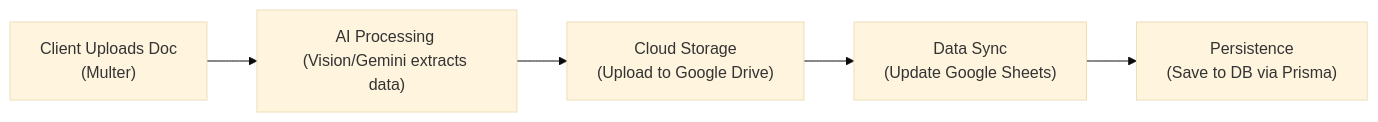
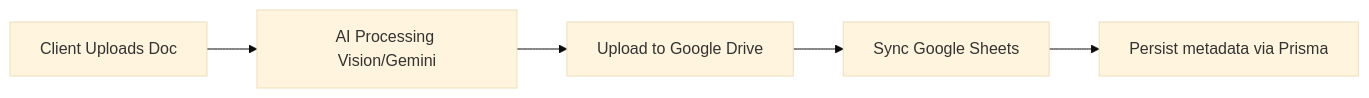
Before and after one commit to Jonathanrbt/platform-migratory-backend: the diagram in README.md, drawn with Mermaid (base theme). The commit also changed other lines of this file and 6 other files, not shown here.

````diff
--- a/README.md
+++ b/README.md
@@ -59,7 +55,7 @@
 ```mermaid
 graph LR
-    A["Client Uploads Doc <br/>(Multer)"] --> B["AI Processing <br/>(Vision/Gemini extracts data)"]
-    B --> C["Cloud Storage <br/>(Upload to Google Drive)"]
-    C --> D["Data Sync <br/>(Update Google Sheets)"]
-    D --> E["Persistence <br/>(Save to DB via Prisma)"]
+    A["Client Uploads Doc"] --> B["AI Processing Vision/Gemini"]
+    B --> C["Upload to Google Drive"]
+    C --> D["Sync Google Sheets"]
+    D --> E["Persist metadata via Prisma"]
 ```
````
